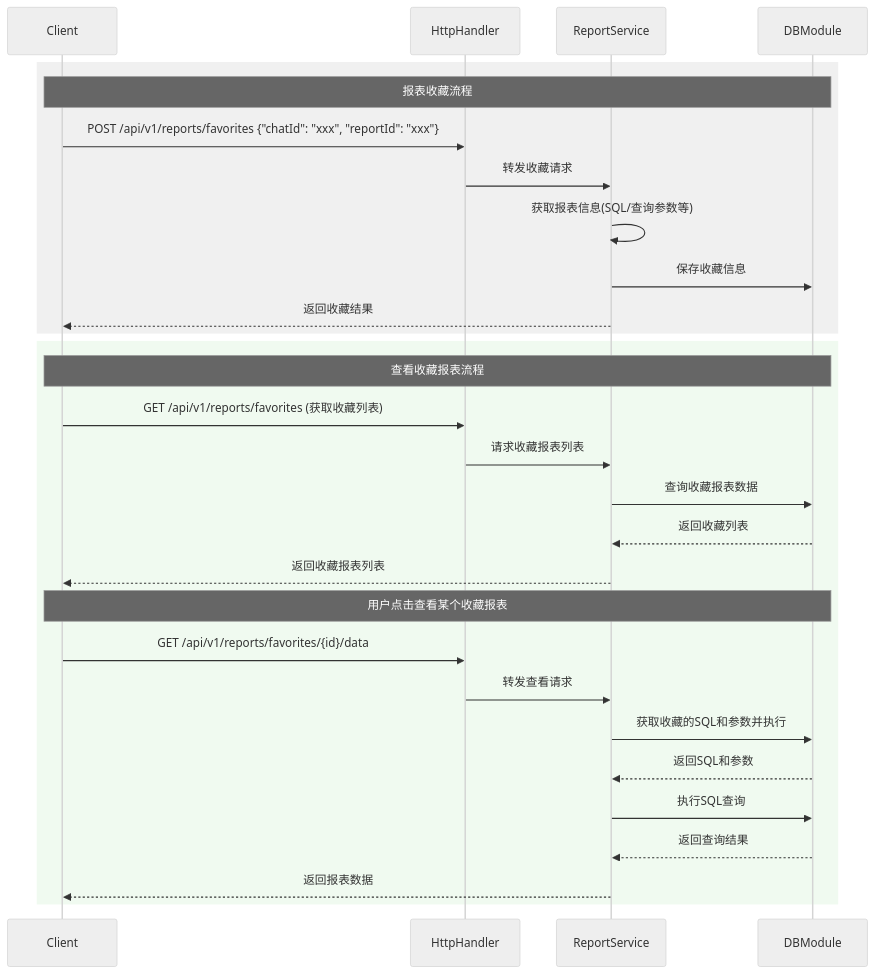
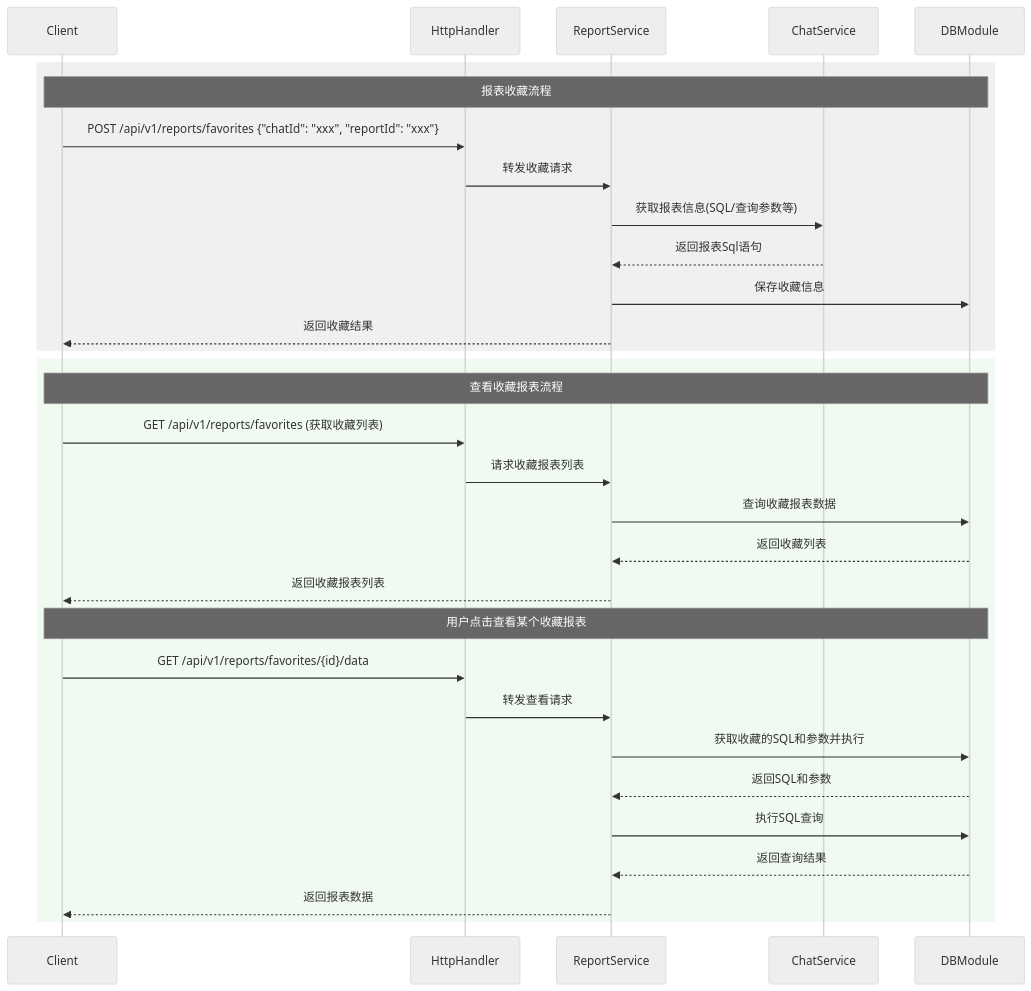
The fifth of 5 diagrams in ai-coding/output/应用软件交互时序图.md (hanhzf/aiops), drawn with Mermaid (neutral theme) before and after one commit. The commit also changed other lines of this file and 1 other file, not shown here.

````diff
--- a/ai-coding/output/应用软件交互时序图.md
+++ b/ai-coding/output/应用软件交互时序图.md
@@ -219,36 +228,38 @@
 ```mermaid
 sequenceDiagram
     participant Client
     participant HttpHandler
     participant ReportService
+    participant ChatService 
     participant DBModule
 
     rect rgb(240, 240, 240)
         Note over Client,DBModule: 报表收藏流程
         
         Client->>HttpHandler: POST /api/v1/reports/favorites {"chatId": "xxx", "reportId": "xxx"}
         HttpHandler->>ReportService: 转发收藏请求
-        ReportService->>ReportService: 获取报表信息(SQL/查询参数等)
+        ReportService->>ChatService: 获取报表信息(SQL/查询参数等)
+        ChatService-->>ReportService: 返回报表Sql语句
         ReportService->>DBModule: 保存收藏信息
         ReportService-->>Client: 返回收藏结果
     end
 
     rect rgb(240, 250, 240)
         Note over Client,DBModule: 查看收藏报表流程
         
         Client->>HttpHandler: GET /api/v1/reports/favorites (获取收藏列表)
         HttpHandler->>ReportService: 请求收藏报表列表
         ReportService->>DBModule: 查询收藏报表数据
         DBModule-->>ReportService: 返回收藏列表
         ReportService-->>Client: 返回收藏报表列表
         
         Note over Client,DBModule: 用户点击查看某个收藏报表
         Client->>HttpHandler: GET /api/v1/reports/favorites/{id}/data
         HttpHandler->>ReportService: 转发查看请求
         ReportService->>DBModule: 获取收藏的SQL和参数并执行
         DBModule-->>ReportService: 返回SQL和参数
         ReportService->>DBModule: 执行SQL查询
         DBModule-->>ReportService: 返回查询结果
         ReportService-->>Client: 返回报表数据
     end
 ```
````
